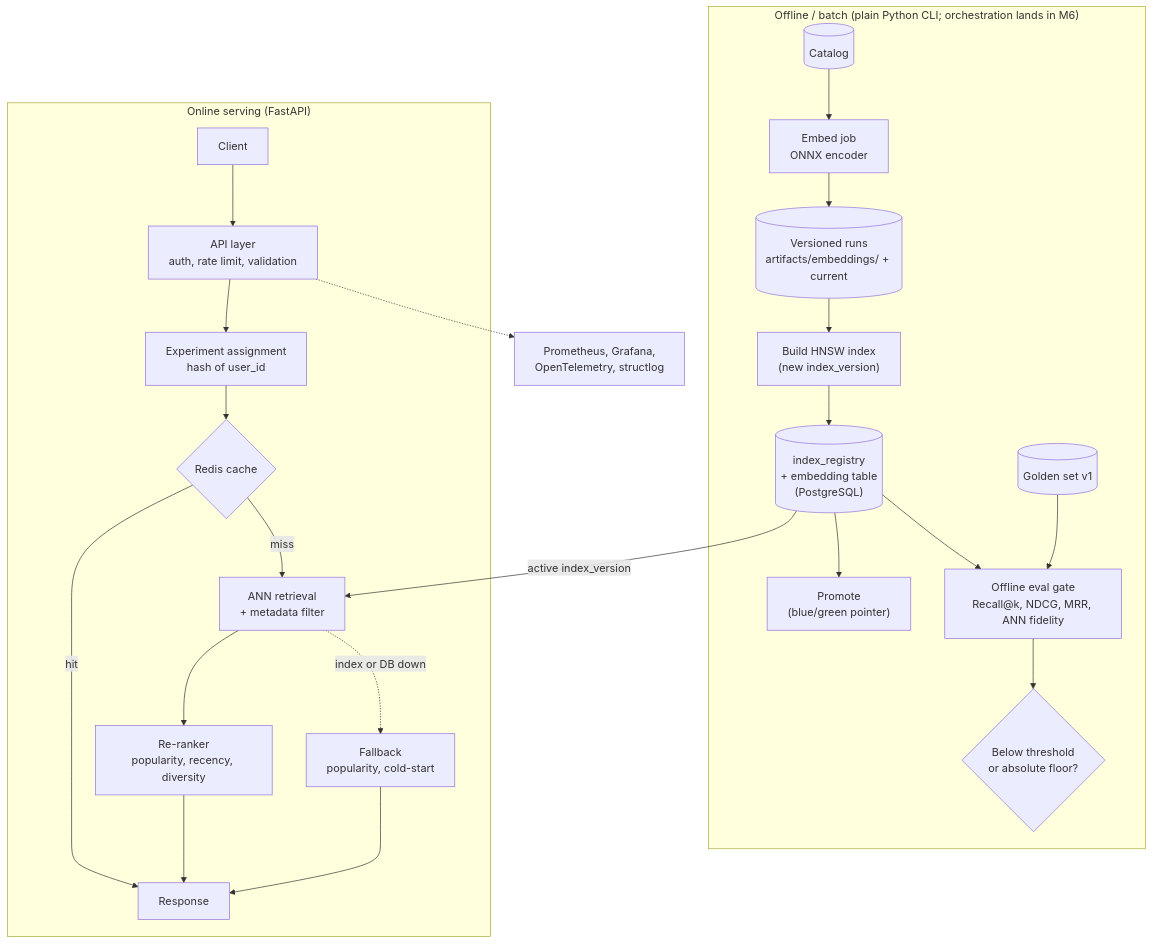
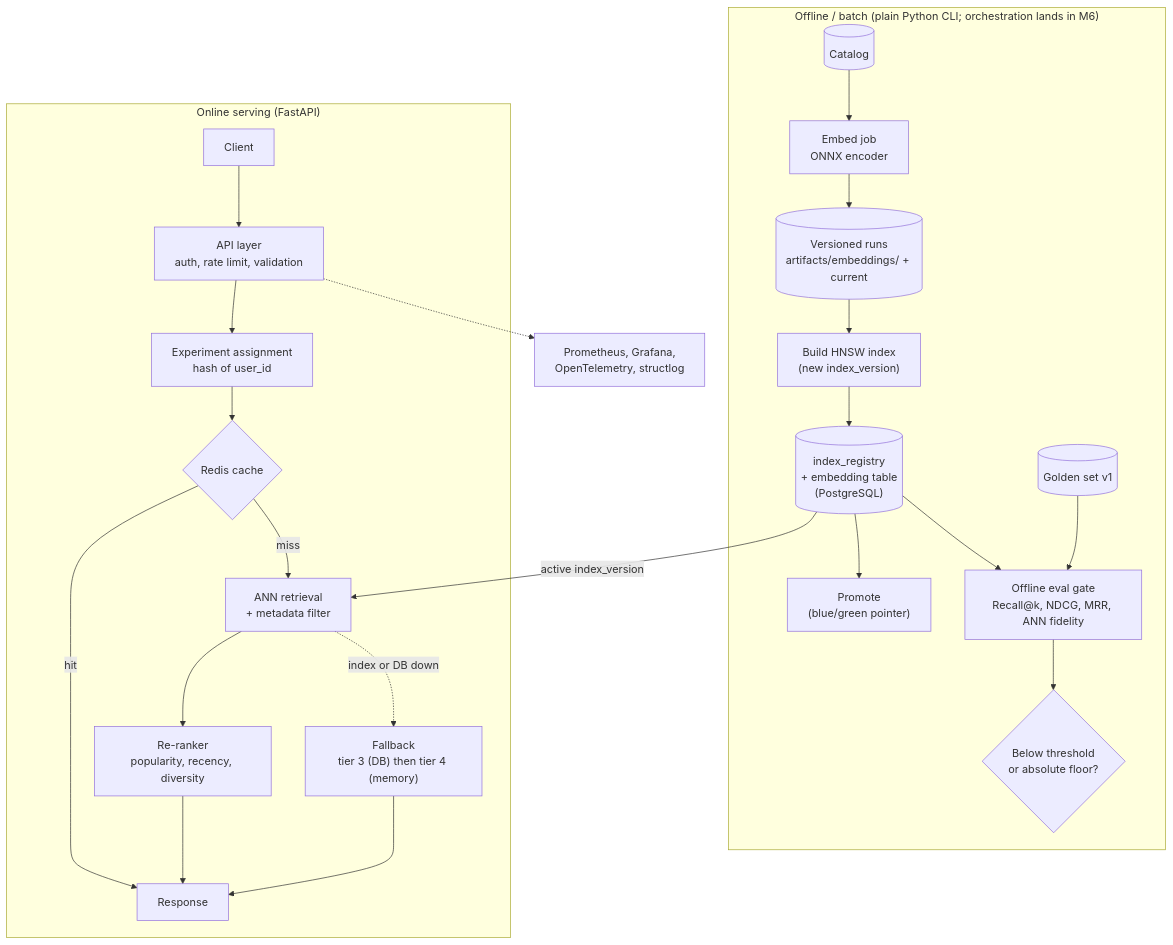
Before and after one commit to WoodinGlass/embedding-recommender-api: the diagram in README.md, drawn with Mermaid. The commit also changed other lines of this file, not shown here.

````diff
--- a/README.md
+++ b/README.md
@@ -43,28 +43,28 @@
 ```mermaid
 flowchart TB
   subgraph OFFLINE["Offline / batch (plain Python CLI; orchestration lands in M6)"]
     CAT[("Catalog")] --> EMB["Embed job<br/>ONNX encoder"]
     EMB --> RUNS[("Versioned runs<br/>artifacts/embeddings/ + current")]
     RUNS --> BLD["Build HNSW index<br/>(new index_version)"]
     BLD --> IDXREG[("index_registry<br/>+ embedding table<br/>(PostgreSQL)")]
     IDXREG --> PROM["Promote<br/>(blue/green pointer)"]
     IDXREG --> EVAL["Offline eval gate<br/>Recall@k, NDCG, MRR, ANN fidelity"]
     GS[("Golden set v1")] --> EVAL
     EVAL --> GATE{"Below threshold<br/>or absolute floor?"}
   end
 
   subgraph ONLINE["Online serving (FastAPI)"]
     CL["Client"] --> API["API layer<br/>auth, rate limit, validation"]
     API --> AB["Experiment assignment<br/>hash of user_id"]
     AB --> RC{"Redis cache"}
     RC -- hit --> OUT["Response"]
     RC -- miss --> ANN["ANN retrieval<br/>+ metadata filter"]
     ANN --> RR["Re-ranker<br/>popularity, recency, diversity"]
     RR --> OUT
-    ANN -. index or DB down .-> FB["Fallback<br/>popularity, cold-start"]
+    ANN -. index or DB down .-> FB["Fallback<br/>tier 3 (DB) then tier 4 (memory)"]
     FB --> OUT
   end
 
   IDXREG -- "active index_version" --> ANN
   API -.-> OBS["Prometheus, Grafana,<br/>OpenTelemetry, structlog"]
 ```
````
